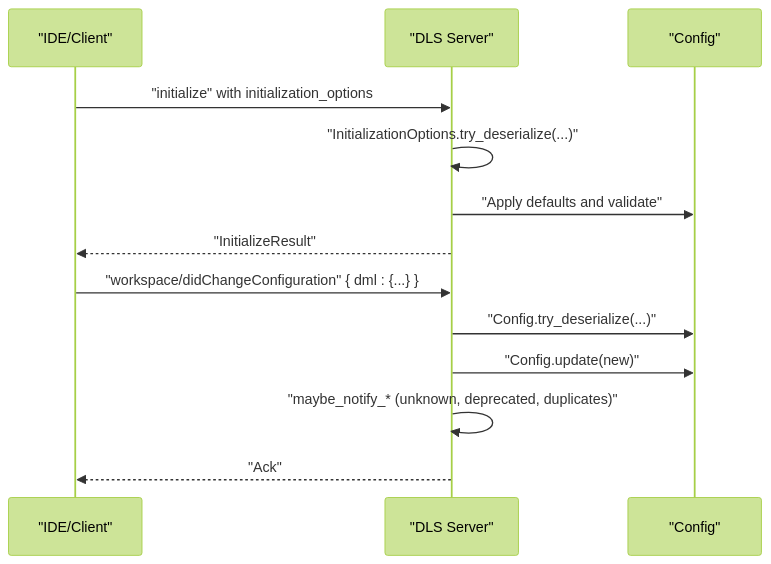
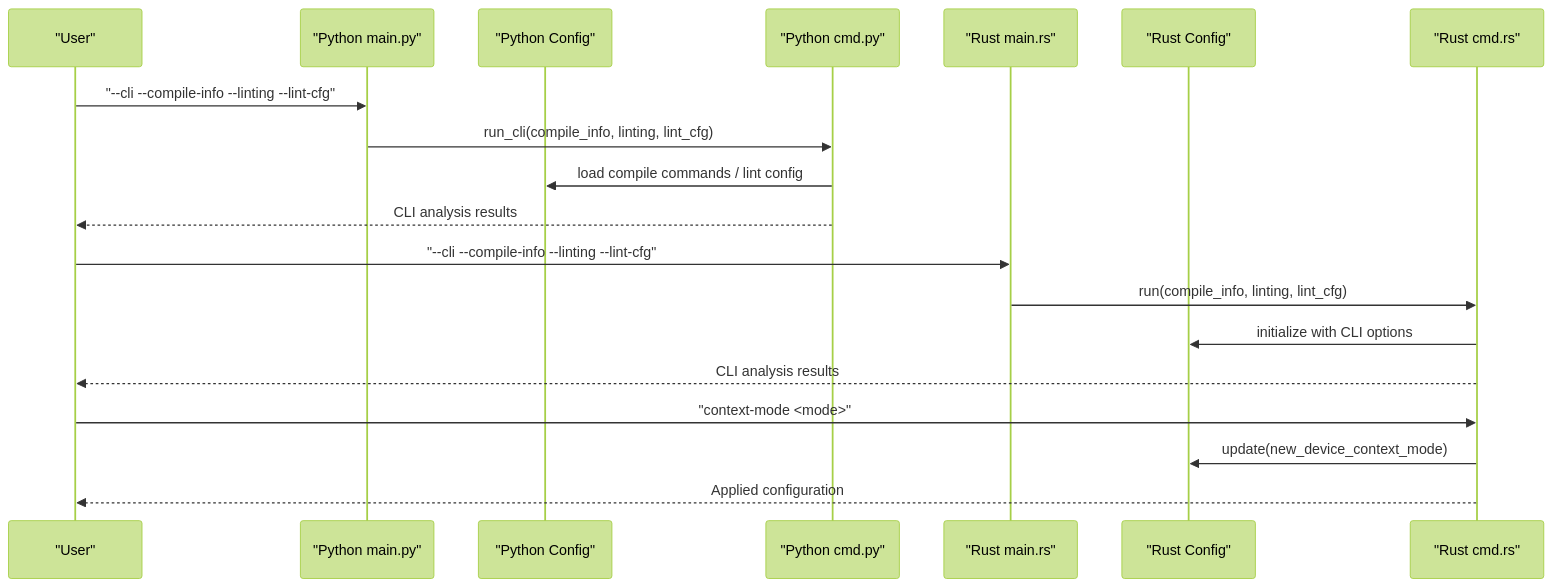
Before and after one commit to fenghaitao/dml-language-server: the second of 9 diagrams in .qoder/repowiki/en/content/Configuration Management.md, drawn with Mermaid (forest theme). The commit also changed other lines of this file and 119 other files, not shown here.

First line of the commit message:
docs(api): add comprehensive API reference for DML Language Server

````diff
--- a/.qoder/repowiki/en/content/Configuration Management.md
+++ b/.qoder/repowiki/en/content/Configuration Management.md
@@ -109,15 +124,21 @@
 ```mermaid
 sequenceDiagram
-participant Client as "IDE/Client"
-participant Server as "DLS Server"
-participant Cfg as "Config"
-Client->>Server : "initialize" with initialization_options
-Server->>Server : "InitializationOptions.try_deserialize(...)"
-Server->>Cfg : "Apply defaults and validate"
-Server-->>Client : "InitializeResult"
-Client->>Server : "workspace/didChangeConfiguration" { dml : {...} }
-Server->>Cfg : "Config.try_deserialize(...)"
-Server->>Cfg : "Config.update(new)"
-Server->>Server : "maybe_notify_* (unknown, deprecated, duplicates)"
-Server-->>Client : "Ack"
+participant User as "User"
+participant PyMain as "Python main.py"
+participant PyCfg as "Python Config"
+participant PyCmd as "Python cmd.py"
+participant RSMain as "Rust main.rs"
+participant RSConfig as "Rust Config"
+participant RSCmd as "Rust cmd.rs"
+User->>PyMain : "--cli --compile-info --linting --lint-cfg"
+PyMain->>PyCmd : run_cli(compile_info, linting, lint_cfg)
+PyCmd->>PyCfg : load compile commands / lint config
+PyCmd-->>User : CLI analysis results
+User->>RSMain : "--cli --compile-info --linting --lint-cfg"
+RSMain->>RSCmd : run(compile_info, linting, lint_cfg)
+RSCmd->>RSConfig : initialize with CLI options
+RSCmd-->>User : CLI analysis results
+User->>RSCmd : "context-mode <mode>"
+RSCmd->>RSConfig : update(new_device_context_mode)
+RSCmd-->>User : Applied configuration
 ```
````
